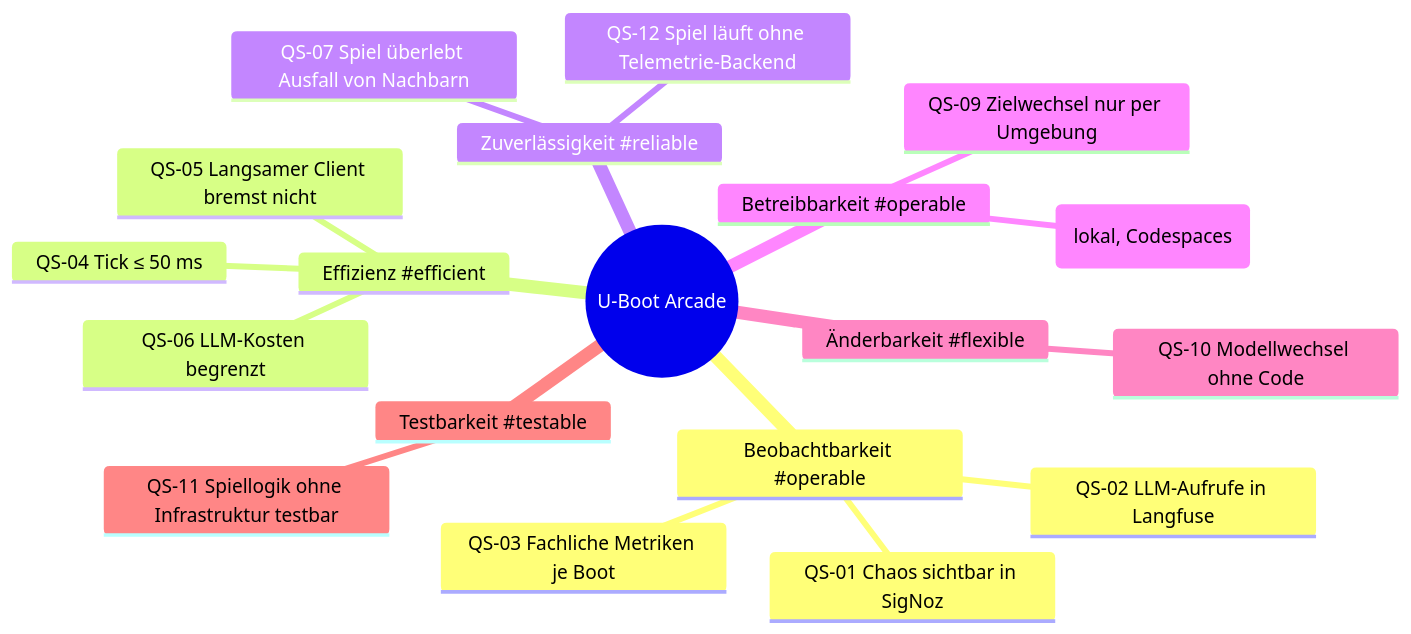
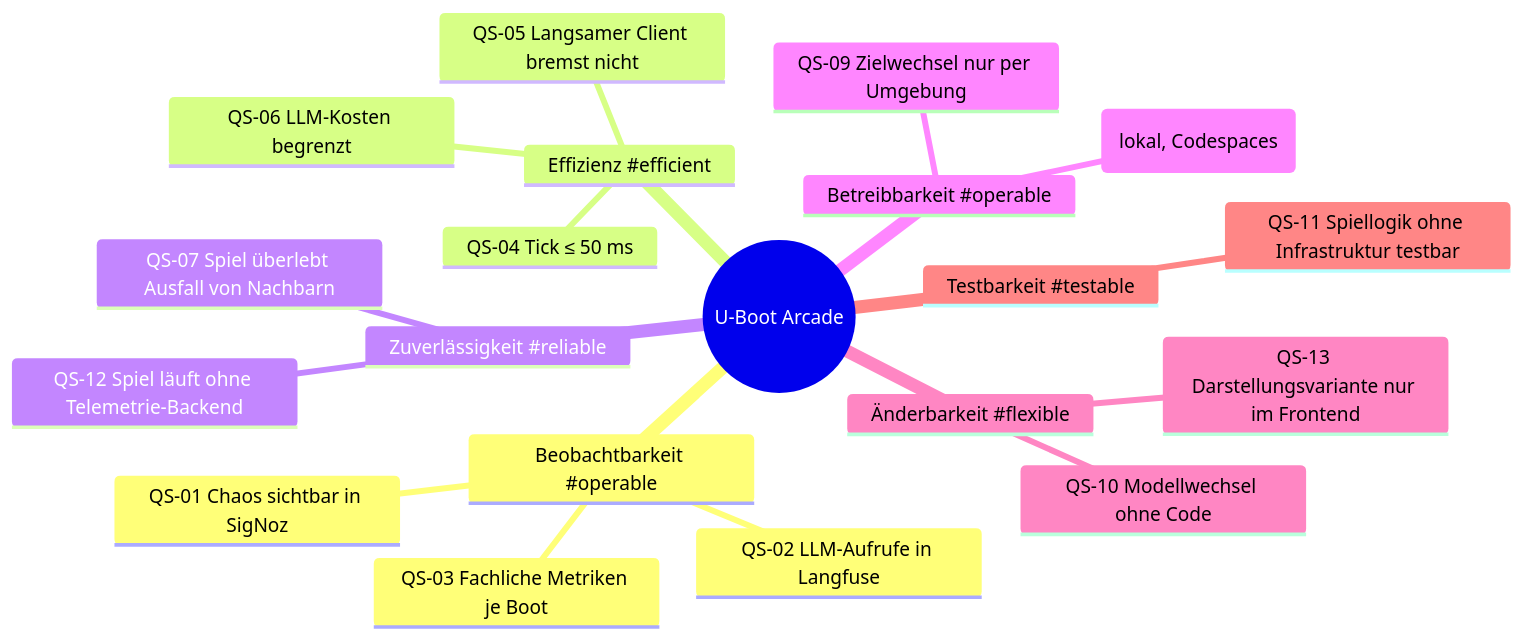
The diagram in arc-doc/10-Qualitaetsanforderungen/10-01-Qualitaetsbaum.md (c-kaiser/u-boot-arcade), drawn with Mermaid before and after one commit. The commit also changed other lines of this file and 8 other files, not shown here.

````diff
--- a/arc-doc/10-Qualitaetsanforderungen/10-01-Qualitaetsbaum.md
+++ b/arc-doc/10-Qualitaetsanforderungen/10-01-Qualitaetsbaum.md
@@ -6,22 +6,23 @@
 ```mermaid
 mindmap
   root((U-Boot Arcade))
     Beobachtbarkeit #operable
       QS-01 Chaos sichtbar in SigNoz
       QS-02 LLM-Aufrufe in Langfuse
       QS-03 Fachliche Metriken je Boot
     Effizienz #efficient
       QS-04 Tick ≤ 50 ms
       QS-05 Langsamer Client bremst nicht
       QS-06 LLM-Kosten begrenzt
     Zuverlässigkeit #reliable
       QS-07 Spiel überlebt Ausfall von Nachbarn
       QS-12 Spiel läuft ohne Telemetrie-Backend
     Betreibbarkeit #operable
       QS-08 Start ohne Docker (lokal, Codespaces)
       QS-09 Zielwechsel nur per Umgebung
     Änderbarkeit #flexible
       QS-10 Modellwechsel ohne Code
+      QS-13 Darstellungsvariante nur im Frontend
     Testbarkeit #testable
       QS-11 Spiellogik ohne Infrastruktur testbar
 ```
````
